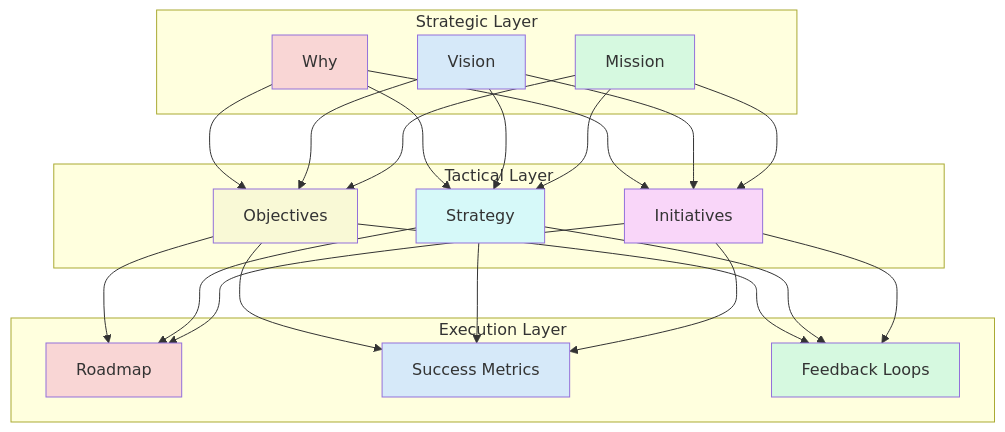
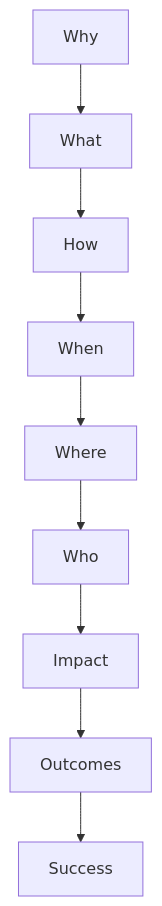
One commit to carlsendk/tech-leadership changed the diagram in src/content/wiki/operating-model/alignment/why-purpose.md. Above: the diagram before and after it, drawn with Mermaid. The commit also changed 16 other files, not shown here.

````diff
--- a/src/content/wiki/operating-model/alignment/why-purpose.md
+++ b/src/content/wiki/operating-model/alignment/why-purpose.md
@@ -16,38 +16,11 @@
 ```mermaid
 graph TD
-    subgraph "Strategic Layer"
-        A[Why]
-        B[Vision]
-        C[Mission]
-    end
-    
-    subgraph "Tactical Layer"
-        D[Objectives]
-        E[Strategy]
-        F[Initiatives]
-    end
-    
-    subgraph "Execution Layer"
-        G[Roadmap]
-        H[Success Metrics]
-        I[Feedback Loops]
-    end
-    
-    A --> D & E & F
-    B --> D & E & F
-    C --> D & E & F
-    
-    D --> G & H & I
-    E --> G & H & I
-    F --> G & H & I
-    
-    style A fill:#f9d6d5
-    style B fill:#d6e9f9
-    style C fill:#d6f9e0
-    style D fill:#f9f9d6
-    style E fill:#d6f9f9
-    style F fill:#f9d6f9
-    style G fill:#f9d6d5
-    style H fill:#d6e9f9
-    style I fill:#d6f9e0
+    A[Why] --> B[What]
+    B --> C[How]
+    C --> D[When]
+    D --> E[Where]
+    E --> F[Who]
+    F --> G[Impact]
+    G --> H[Outcomes]
+    H --> I[Success]
 ```
````
